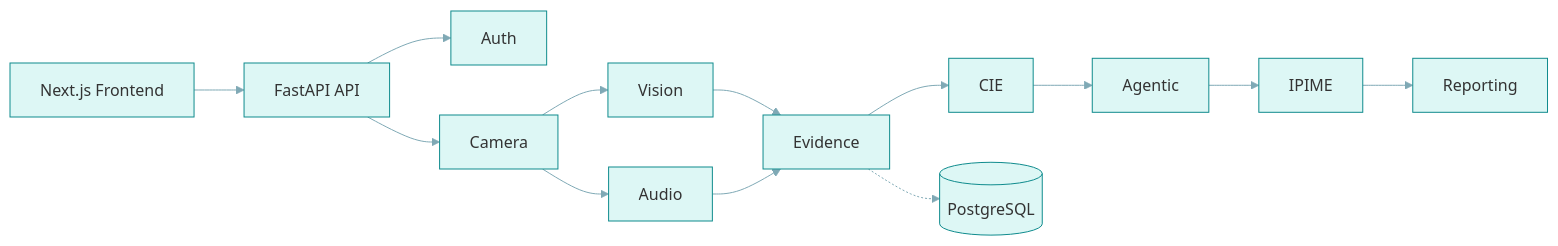
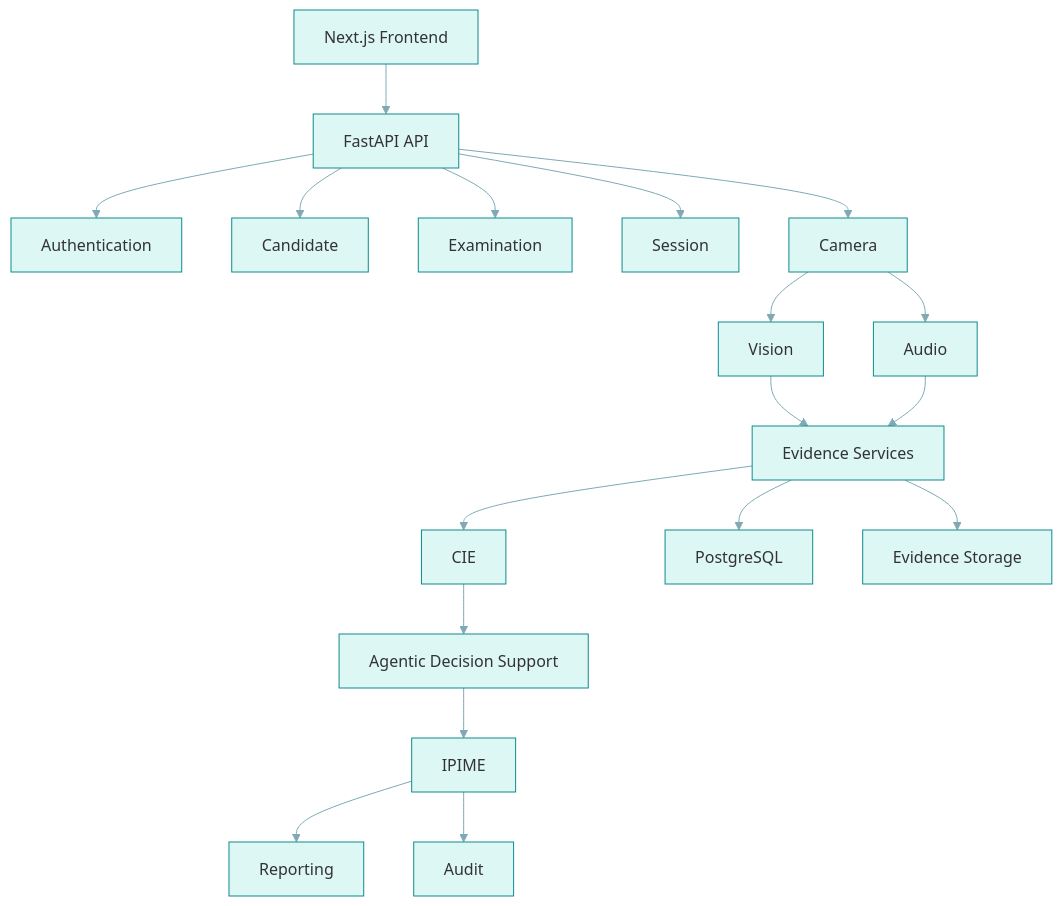
The diagram in docs/dissertation/chapter3/uml/Figure3_17_Component_Diagram_of_SERPS.mmd (basil-emeokoro/SERPS), drawn with Mermaid before and after one commit. The commit also changed 141 other files, not shown here.

Commit message:
docs(ch3): remediate diagram visual quality

```diff
--- a/docs/dissertation/chapter3/uml/Figure3_17_Component_Diagram_of_SERPS.mmd
+++ b/docs/dissertation/chapter3/uml/Figure3_17_Component_Diagram_of_SERPS.mmd
@@ -1,14 +1,19 @@
 %%{init: {'theme': 'base', 'themeVariables': {'primaryColor': '#DDF7F5', 'primaryBorderColor': '#0F8B8D', 'lineColor': '#7FA9B5', 'fontFamily': 'Segoe UI, Arial'}}}%%
-flowchart LR
+flowchart TB
   Web[Next.js Frontend] --> API[FastAPI API]
-  API --> Auth
+  API --> Auth[Authentication]
+  API --> Candidate
+  API --> Examination
+  API --> Session
   API --> Camera
   Camera --> Vision
   Camera --> Audio
-  Vision --> Evidence
+  Vision --> Evidence[Evidence Services]
   Audio --> Evidence
   Evidence --> CIE
-  CIE --> Agentic
+  CIE --> Agentic[Agentic Decision Support]
   Agentic --> IPIME
   IPIME --> Reporting
-  Evidence -.-> DB[(PostgreSQL)]
+  IPIME --> Audit
+  Evidence --> PostgreSQL
+  Evidence --> Storage[Evidence Storage]
```
